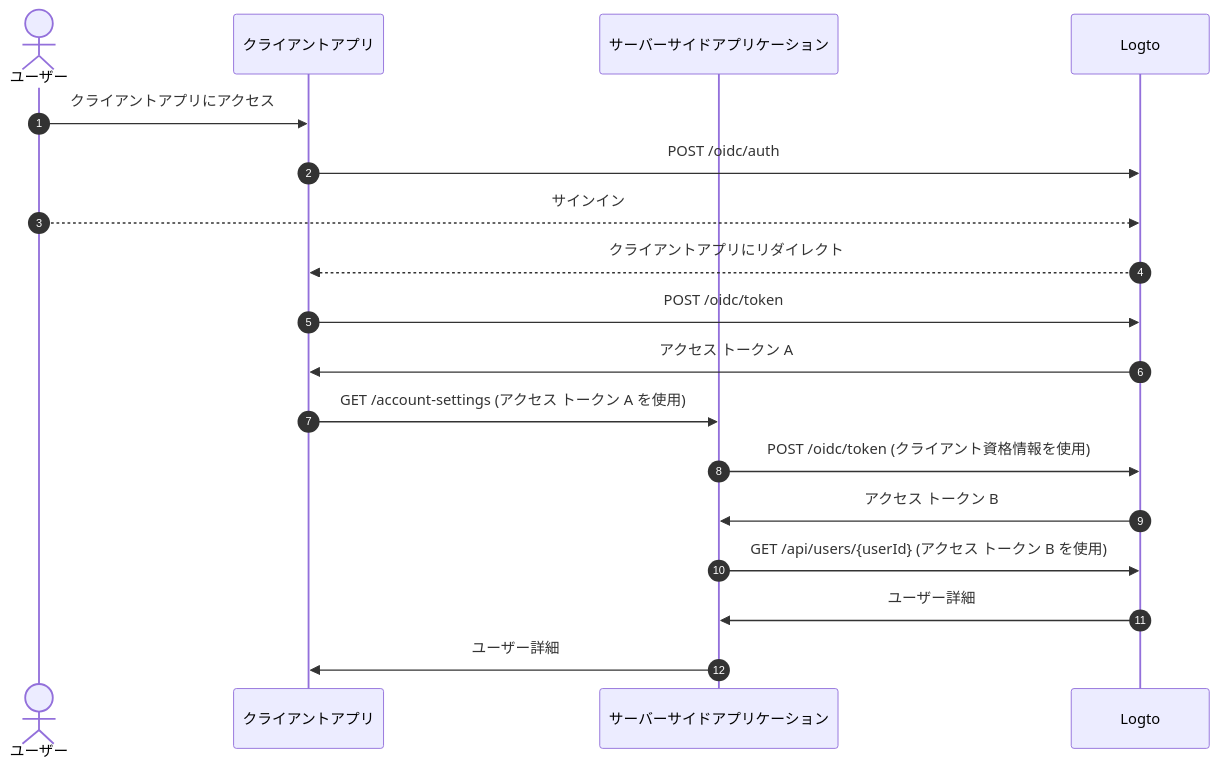
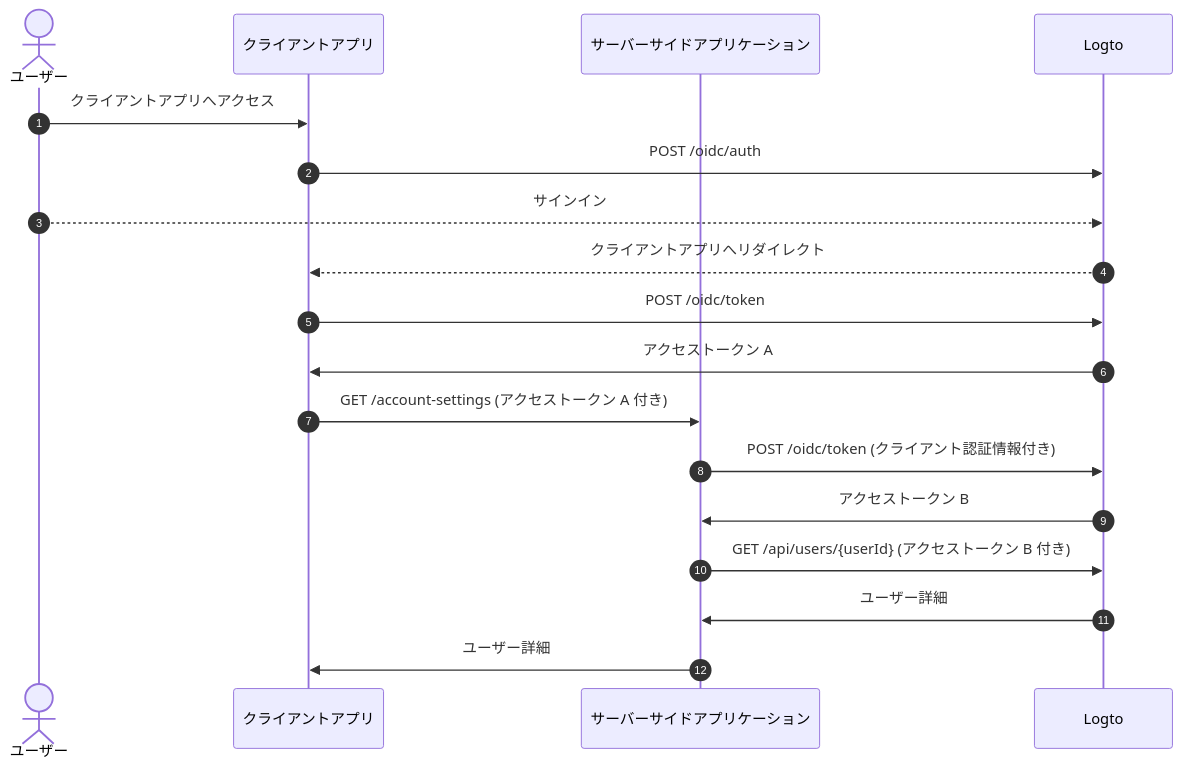
Before and after one commit to logto-io/docs: the second of 3 diagrams in i18n/ja/docusaurus-plugin-content-docs/current/end-user-flows/account-settings/by-management-api.mdx, drawn with Mermaid. The commit also changed other lines of this file and 80 other files, not shown here.

````diff
--- a/i18n/ja/docusaurus-plugin-content-docs/current/end-user-flows/account-settings/by-management-api.mdx
+++ b/i18n/ja/docusaurus-plugin-content-docs/current/end-user-flows/account-settings/by-management-api.mdx
@@ -27,21 +27,21 @@
 ```mermaid
   sequenceDiagram
     autonumber
     actor User as ユーザー
     participant Client as クライアントアプリ
     participant Server as サーバーサイドアプリケーション
     participant Logto as Logto
 
-    User ->> Client: クライアントアプリにアクセス
+    User ->> Client: クライアントアプリへアクセス
     Client ->> Logto: POST /oidc/auth
     User -->> Logto: サインイン
-    Logto -->> Client: クライアントアプリにリダイレクト
+    Logto -->> Client: クライアントアプリへリダイレクト
     Client ->> Logto: POST /oidc/token
-    Logto ->> Client: アクセス トークン A
-    Client ->> Server: GET /account-settings (アクセス トークン A を使用)
-    Server ->> Logto: POST /oidc/token (クライアント資格情報を使用)
-    Logto ->> Server: アクセス トークン B
-    Server ->> Logto: GET /api/users/{userId} (アクセス トークン B を使用)
+    Logto ->> Client: アクセストークン A
+    Client ->> Server: GET /account-settings (アクセストークン A 付き)
+    Server ->> Logto: POST /oidc/token (クライアント認証情報付き)
+    Logto ->> Server: アクセストークン B
+    Server ->> Logto: GET /api/users/{userId} (アクセストークン B 付き)
     Logto ->> Server: ユーザー詳細
     Server ->> Client: ユーザー詳細
 ```
````
